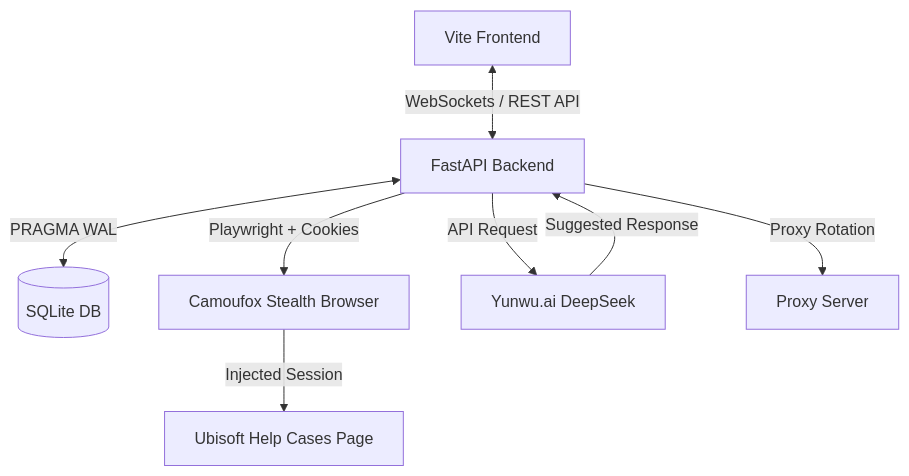
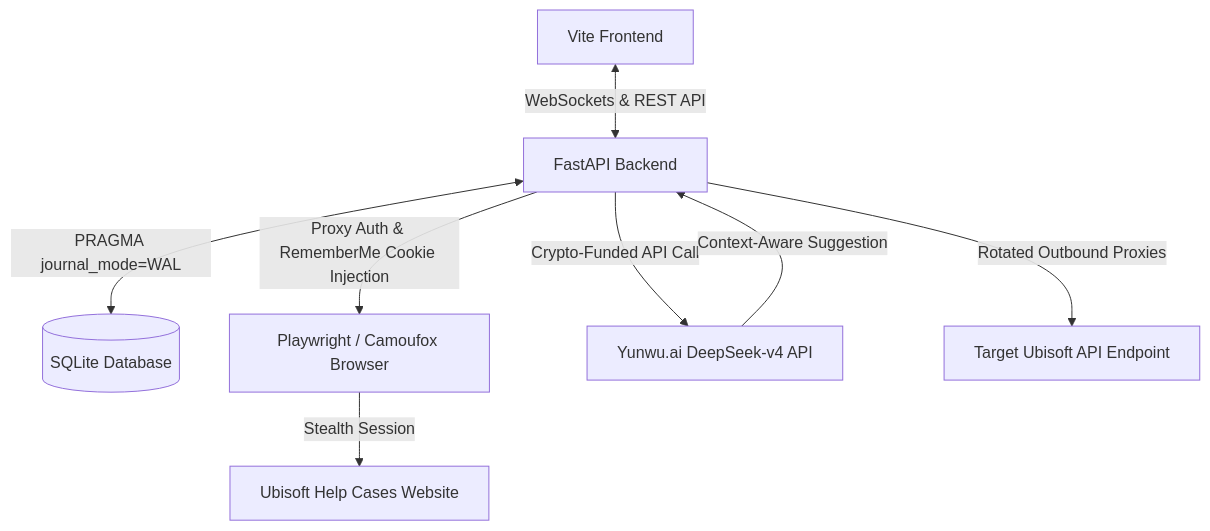
Before and after one commit to overloooooord/webdev: the diagram in Project Files/ticket-manager/docs/speech.md, drawn with Mermaid. The commit also changed other lines of this file, not shown here.

````diff
--- a/Project Files/ticket-manager/docs/speech.md
+++ b/Project Files/ticket-manager/docs/speech.md
@@ -46,10 +44,10 @@
 ```mermaid
 graph TD
-    A[Vite Frontend] <-->|WebSockets / REST API| B[FastAPI Backend]
-    B <-->|PRAGMA WAL| C[(SQLite DB)]
-    B -->|Playwright + Cookies| D[Camoufox Stealth Browser]
-    D -->|Injected Session| E[Ubisoft Help Cases Page]
-    B -->|API Request| F[Yunwu.ai DeepSeek]
-    F -->|Suggested Response| B
-    B -->|Proxy Rotation| G[Proxy Server]
+    A[Vite Frontend] <-->|WebSockets & REST API| B[FastAPI Backend]
+    B <-->|PRAGMA journal_mode=WAL| C[(SQLite Database)]
+    B -->|Proxy Auth & RememberMe Cookie Injection| D[Playwright / Camoufox Browser]
+    D -->|Stealth Session| E[Ubisoft Help Cases Website]
+    B -->|Crypto-Funded API Call| F[Yunwu.ai DeepSeek-v4 API]
+    F -->|Context-Aware Suggestion| B
+    B -->|Rotated Outbound Proxies| G[Target Ubisoft API Endpoint]
 ```
````
